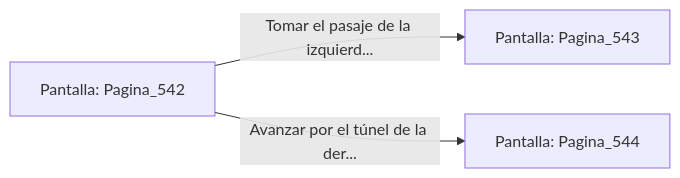
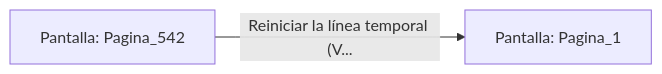
One commit to metsuke/mpl changed the diagram in sample/eligejuego-vault/Pantalla_Pagina_542.md. Above: the diagram before and after it, drawn with Mermaid. The commit also changed other lines of this file and 635 other files, not shown here.

First line of the commit message:
fix: añadir Pagina_1 como pantalla inicial en capitulo_01.mpl

````diff
--- a/sample/eligejuego-vault/Pantalla_Pagina_542.md
+++ b/sample/eligejuego-vault/Pantalla_Pagina_542.md
@@ -20,6 +17,5 @@
 ```mermaid
 graph LR
     P_Pagina_542["Pantalla: Pagina_542"]
-    P_Pagina_542 -->|"Tomar el pasaje de la izquierd..."| P_Pagina_543["Pantalla: Pagina_543"]
-    P_Pagina_542 -->|"Avanzar por el túnel de la der..."| P_Pagina_544["Pantalla: Pagina_544"]
+    P_Pagina_542 -->|"Reiniciar la línea temporal (V..."| P_Pagina_1["Pantalla: Pagina_1"]
 ```
````
